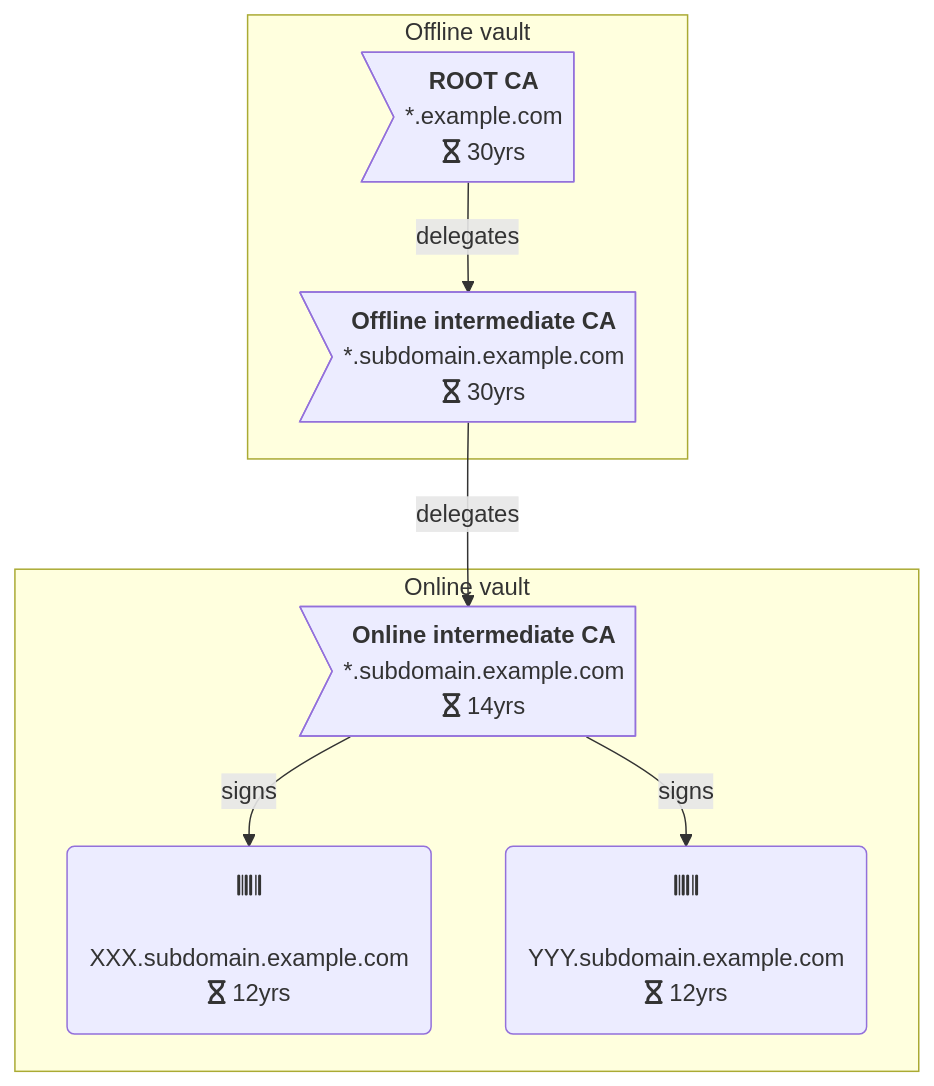
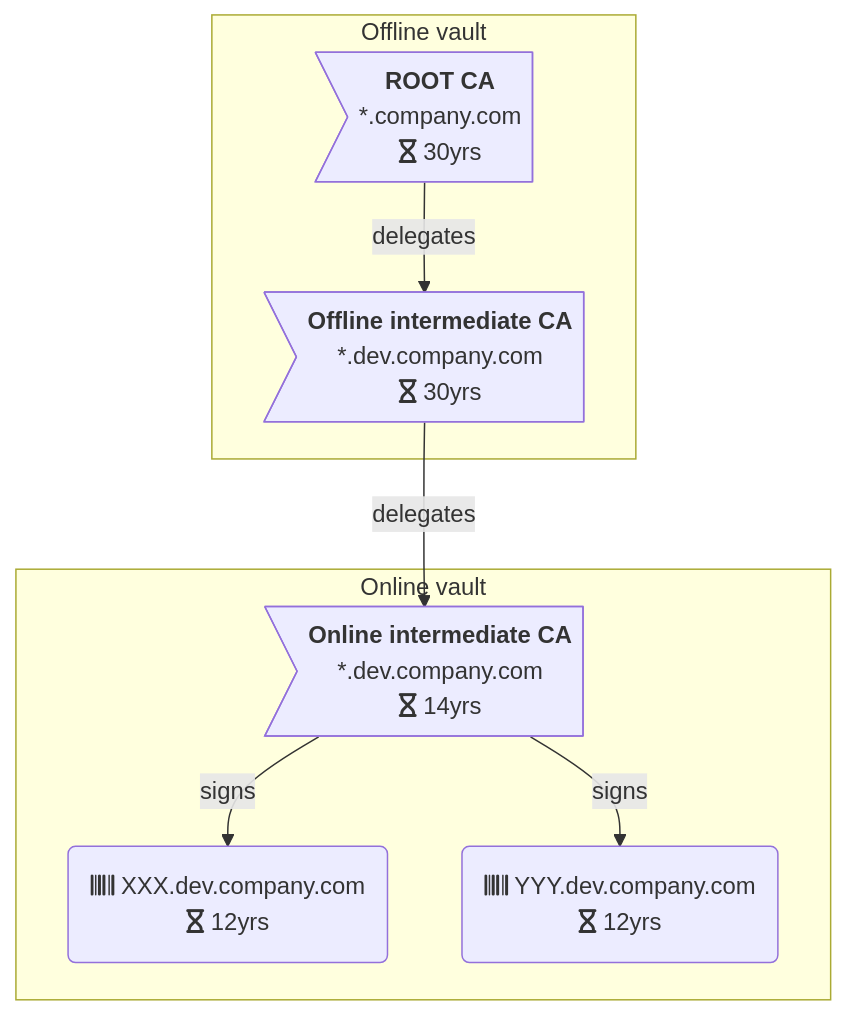
Before and after one commit to eove/orca: the diagram in example/docs/architecture.md, drawn with Mermaid. The commit also changed other lines of this file and 6 other files, not shown here.

````diff
--- a/example/docs/architecture.md
+++ b/example/docs/architecture.md
@@ -17,27 +3,25 @@
 ```mermaid
 flowchart TD
 
     subgraph Offline vault
         ROOT_CA>"<b>ROOT CA</b>
-*.example.com
+*.company.com
 fa:fa-hourglass 30yrs"]
         INTERMEDIATE_CA>"<b>Offline intermediate CA</b>
-*.subdomain.example.com
+*.dev.company.com
 fa:fa-hourglass 30yrs"]
     end
     ROOT_CA --> |delegates| INTERMEDIATE_CA
 
     INTERMEDIATE_CA --> |delegates| VAULT_PKI
 
     subgraph Online vault
         VAULT_PKI>"<b>Online intermediate CA</b>
-*.subdomain.example.com
+*.dev.company.com
 fa:fa-hourglass 14yrs"]
-        VAULT_PKI -->|signs| EOCON1("fa:fa-barcode
-        XXX.subdomain.example.com
+        VAULT_PKI -->|signs| EOCON1("fa:fa-barcode XXX.dev.company.com
 fa:fa-hourglass 12yrs")
-        VAULT_PKI -->|signs| EOCON2("fa:fa-barcode
-        YYY.subdomain.example.com
+        VAULT_PKI -->|signs| EOCON2("fa:fa-barcode YYY.dev.company.com
 fa:fa-hourglass 12yrs")
     end
 ```
````
